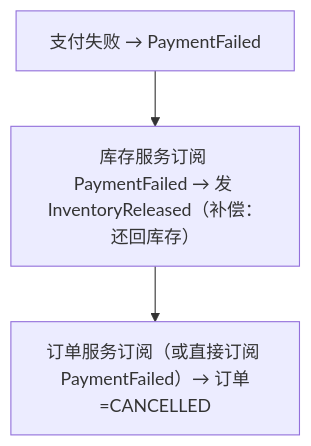
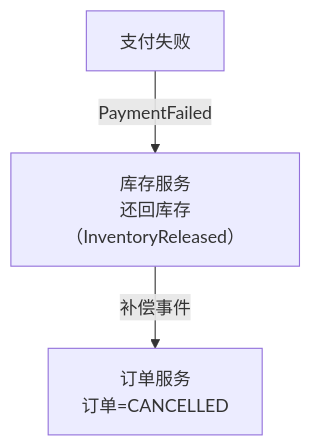
Before and after one commit to UranusGit/java-agent-learn: the seventh of 8 diagrams in docs/附录/Kafka消息队列实战专题/03-事件驱动微服务端到端实战.md, drawn with Mermaid. The commit also changed 41 other files, not shown here.

First line of the commit message:
docs全库mermaid复核修复：补ER图、ASCII转mermaid/表格、删重复图、修语义矛盾

````diff
--- a/docs/附录/Kafka消息队列实战专题/03-事件驱动微服务端到端实战.md
+++ b/docs/附录/Kafka消息队列实战专题/03-事件驱动微服务端到端实战.md
@@ -730,5 +730,5 @@
 ```mermaid
 flowchart TD
-    A["支付失败 → PaymentFailed"] --> B["库存服务订阅 PaymentFailed → 发 InventoryReleased（补偿：还回库存）"]
-    B --> C["订单服务订阅（或直接订阅 PaymentFailed）→ 订单=CANCELLED"]
+    A["支付失败"] -->|"PaymentFailed"| B["库存服务<br/>还回库存（InventoryReleased）"]
+    B -->|"补偿事件"| C["订单服务<br/>订单=CANCELLED"]
 ```
````
